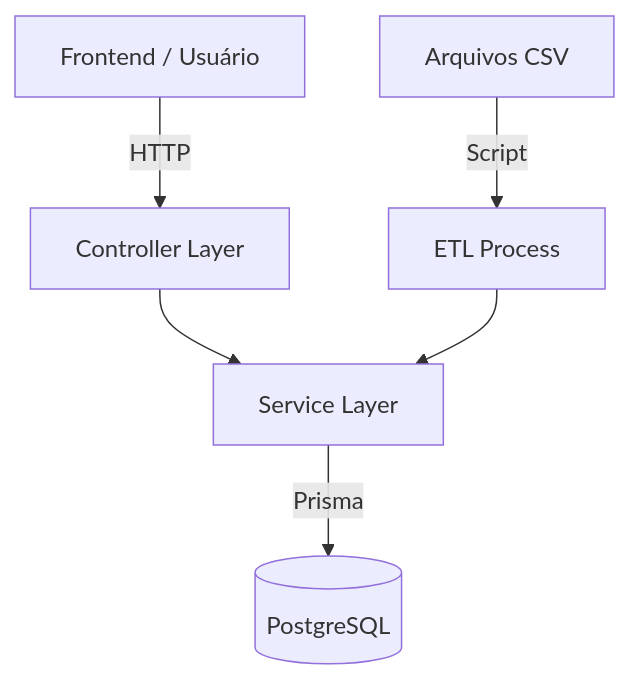
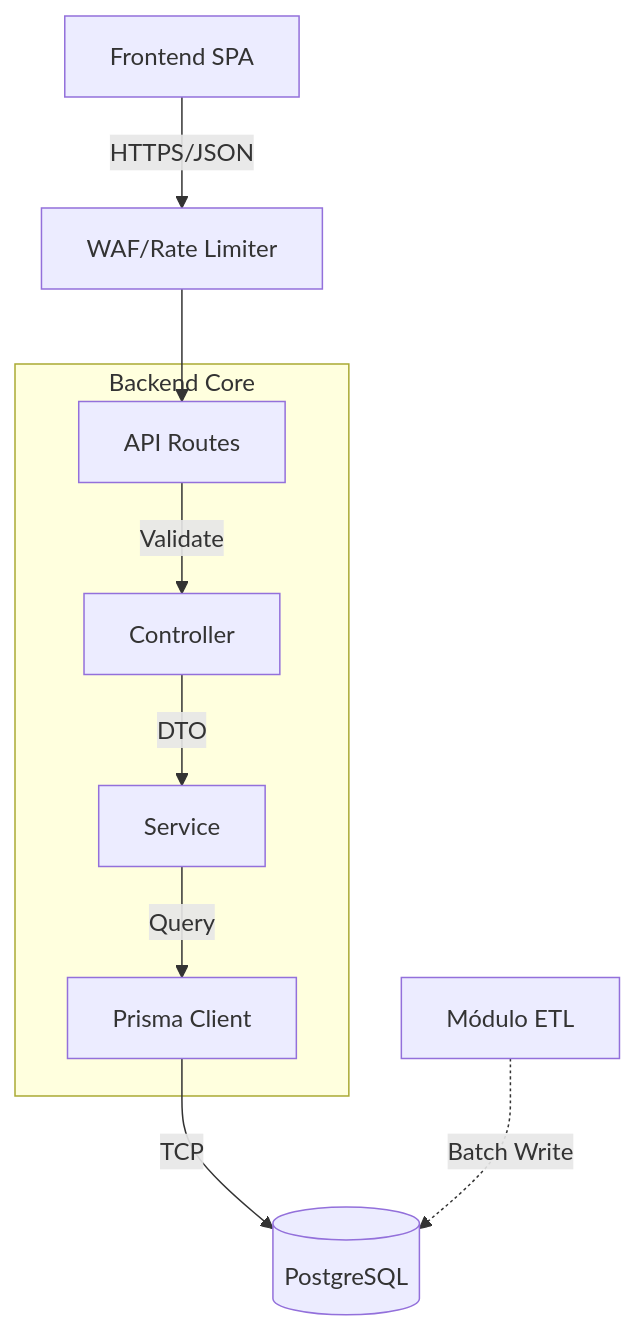
The diagram in backend/docs/overview.md (Gerson-Santiago/seduc_on), drawn with Mermaid before and after one commit. The commit also changed other lines of this file and 12 other files, not shown here.

````diff
--- a/backend/docs/overview.md
+++ b/backend/docs/overview.md
@@ -21,10 +36,15 @@
 ```mermaid
 graph TD
-    Client[Frontend / Usuário] -->|HTTP| API[Controller Layer]
-    CSV[Arquivos CSV] -->|Script| ETL[ETL Process]
+    Client[Frontend SPA] -->|HTTPS/JSON| Firewall[WAF/Rate Limiter]
+    Firewall --> Routes[API Routes]
     
-    API --> Service[Service Layer]
-    ETL --> Service
+    subgraph Backend Core
+        Routes -->|Validate| Controller
+        Controller -->|DTO| Service
+        Service -->|Query| Prisma[Prisma Client]
+    end
     
-    Service -->|Prisma| DB[(PostgreSQL)]
+    Prisma -->|TCP| DB[(PostgreSQL)]
+    
+    ETL[Módulo ETL] -.->|Batch Write| DB
 ```
````
